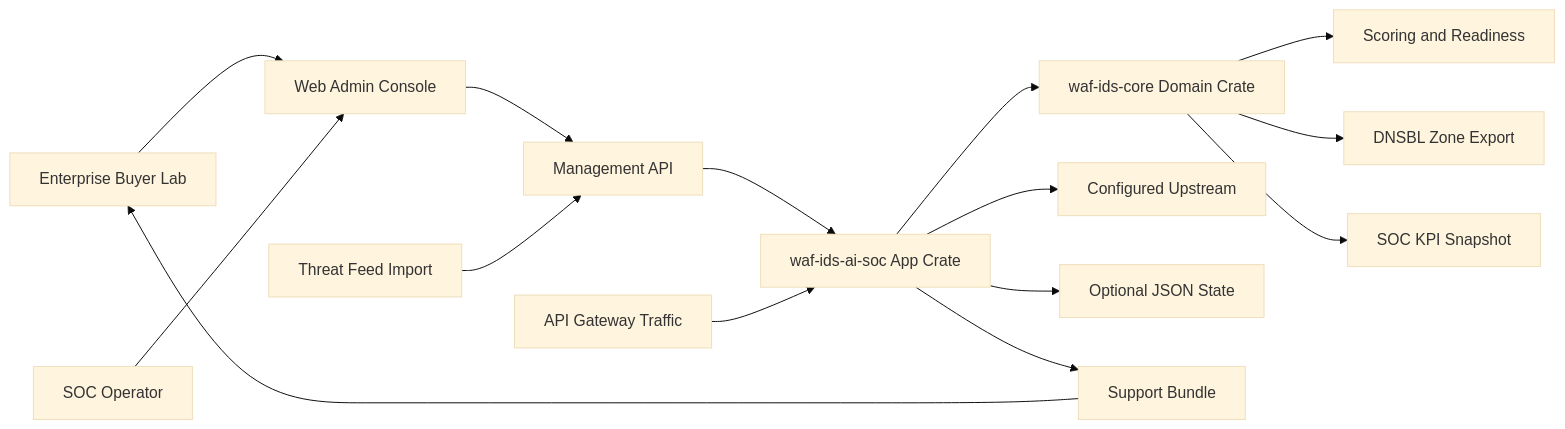
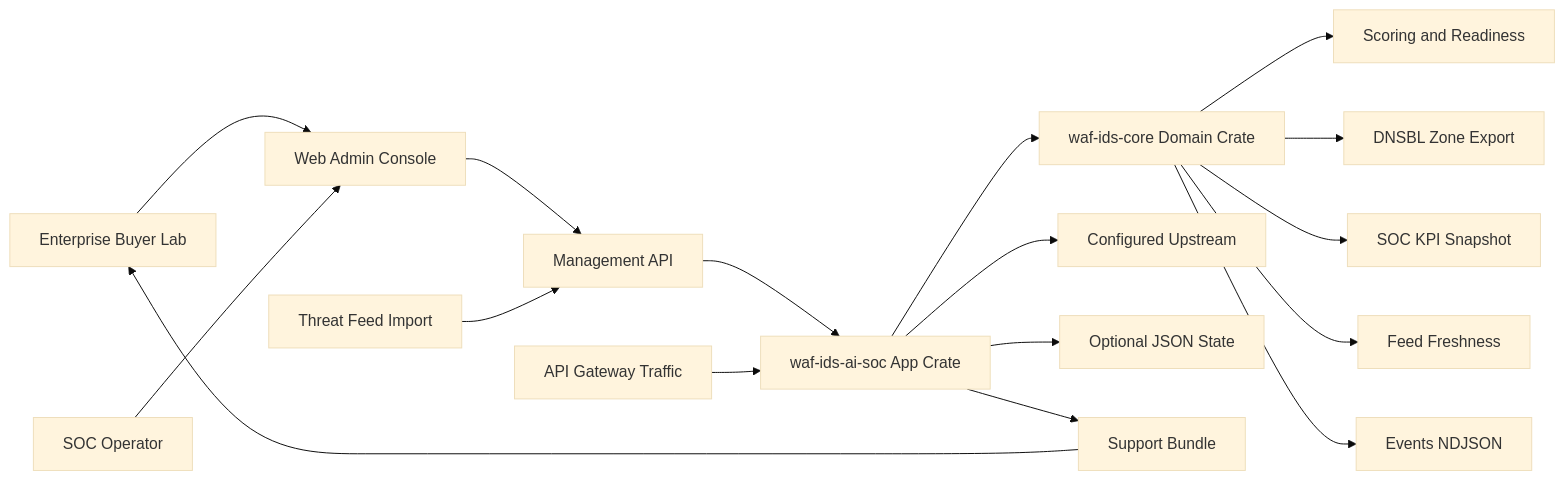
The diagram in docs/figma/enterprise-product-architecture.md (ContextualWisdomLab/wardnet), drawn with Mermaid (base theme) before and after one commit. The commit also changed other lines of this file and 13 other files, not shown here.

Commit message:
Add feed freshness and SOC export evidence

````diff
--- a/docs/figma/enterprise-product-architecture.md
+++ b/docs/figma/enterprise-product-architecture.md
@@ -11,17 +12,19 @@
 ```mermaid
 flowchart LR
   buyer["Enterprise Buyer Lab"] --> console["Web Admin Console"]
   operator["SOC Operator"] --> console
   console --> api["Management API"]
   api --> app["waf-ids-ai-soc App Crate"]
   app --> core["waf-ids-core Domain Crate"]
   core --> scoring["Scoring and Readiness"]
   core --> dnsbl["DNSBL Zone Export"]
   core --> kpis["SOC KPI Snapshot"]
+  core --> freshness["Feed Freshness"]
+  core --> eventExport["Events NDJSON"]
   feed["Threat Feed Import"] --> api
   gateway["API Gateway Traffic"] --> app
   app --> upstream["Configured Upstream"]
   app --> state["Optional JSON State"]
   app --> bundle["Support Bundle"]
   bundle --> buyer
 ```
````
